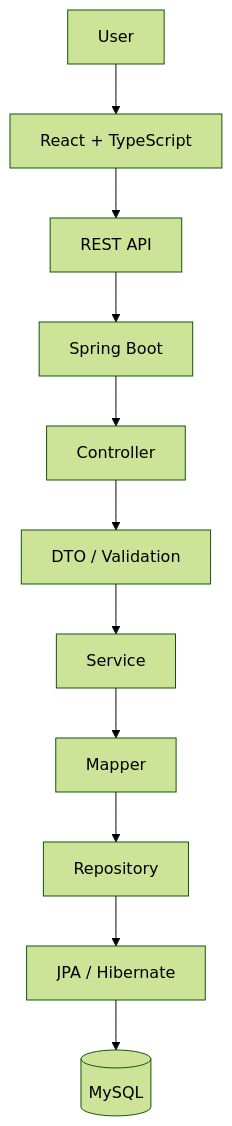
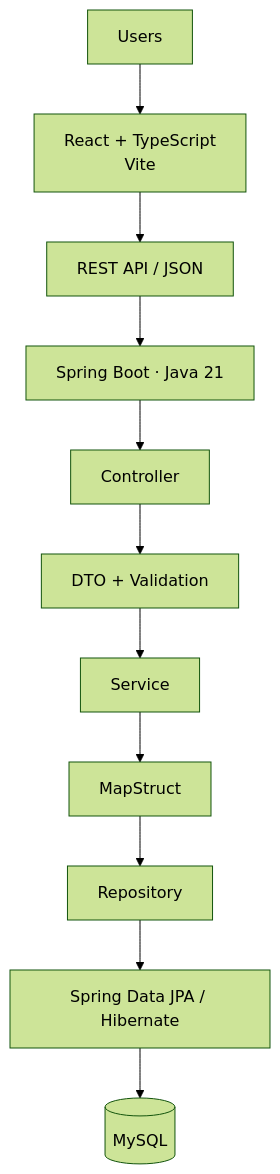
The second of 3 diagrams in README.md (AtharvaVavhal/spidosoft-erp), drawn with Mermaid (forest theme) before and after one commit. The commit also changed other lines of this file, not shown here.

````diff
--- a/README.md
+++ b/README.md
@@ -86,13 +80,13 @@
 ```mermaid
-flowchart TD
-    A[User] --> B[React + TypeScript]
-    B --> C[REST API]
-    C --> D[Spring Boot]
-    D --> E[Controller]
-    E --> F[DTO / Validation]
-    F --> G[Service]
-    G --> H[Mapper]
-    H --> I[Repository]
-    I --> J[JPA / Hibernate]
-    J --> K[(MySQL)]
+flowchart TB
+    USER["Users"] --> FE["React + TypeScript<br/>Vite"]
+    FE --> API["REST API / JSON"]
+    API --> BE["Spring Boot · Java 21"]
+    BE --> CTRL["Controller"]
+    CTRL --> DTO["DTO + Validation"]
+    DTO --> SERVICE["Service"]
+    SERVICE --> MAPPER["MapStruct"]
+    MAPPER --> REPO["Repository"]
+    REPO --> JPA["Spring Data JPA / Hibernate"]
+    JPA --> DB[("MySQL")]
 ```
````
